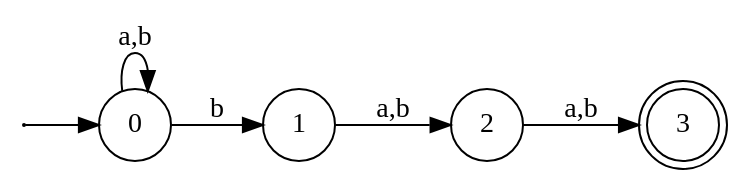
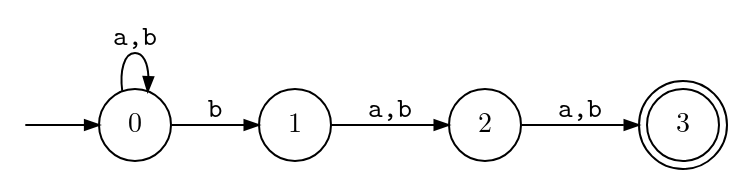
The diagram in Lecture-Notes/Abbildungen/abstarbabab-nd.dot (karlstroetmann/Formal-Languages), drawn with Graphviz before and after one commit. The commit also changed other lines of this file and 57 other files, not shown here.

First line of the commit message:
Redraw the remaining EPS figures of the lecture notes as PDFs

```diff
--- a/Lecture-Notes/Abbildungen/abstarbabab-nd.dot
+++ b/Lecture-Notes/Abbildungen/abstarbabab-nd.dot
@@ -1,19 +1,19 @@
-digraph G {    
-    shape   = circle;
-    rankdir = LR;
-    size    = "5,7";
-
-    start [label="",width=0.00001,height=0.00001];
+digraph G {
+    // The states are labelled in Latin Modern Math, like $q_0$ in the lecture
+    // notes, the transitions in Latin Modern Mono, like \texttt{a}.
+    rankdir=LR;
+    node [shape=circle, fixedsize=true, width=0.5,
+          fontname="Latin Modern Math", fontsize=14];
+    edge [fontname="Latin Modern Mono", fontsize=14, arrowsize=0.7];
+    start [shape=none, label="", width=0, height=0];
 
     start -> 0;
-    0 [label = "0", shape = circle];
-    1 [label = "1", shape = circle];
-    2 [label = "2", shape = circle];
-    3 [label = "3", shape = circle, peripheries = 2];
+    0; 1; 2;
+    3 [shape=doublecircle];
 
-    0 -> 0 [label = "a,b"]
+    0 -> 0 [label="a,b"];
 
-    0 -> 1 [label = "b"]
-    1 -> 2 [label = "a,b"]
-    2 -> 3 [label = "a,b"]
+    0 -> 1 [label="b"];
+    1 -> 2 [label="a,b"];
+    2 -> 3 [label="a,b"];
 }
```
